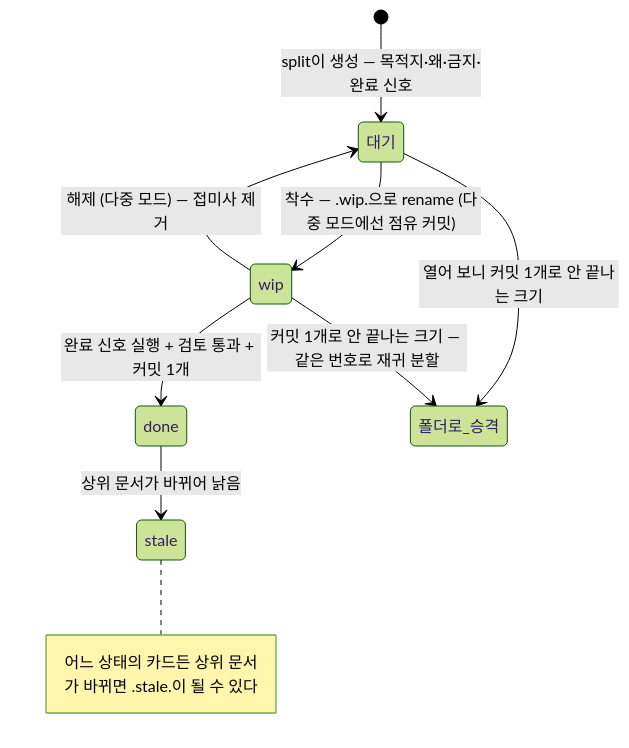
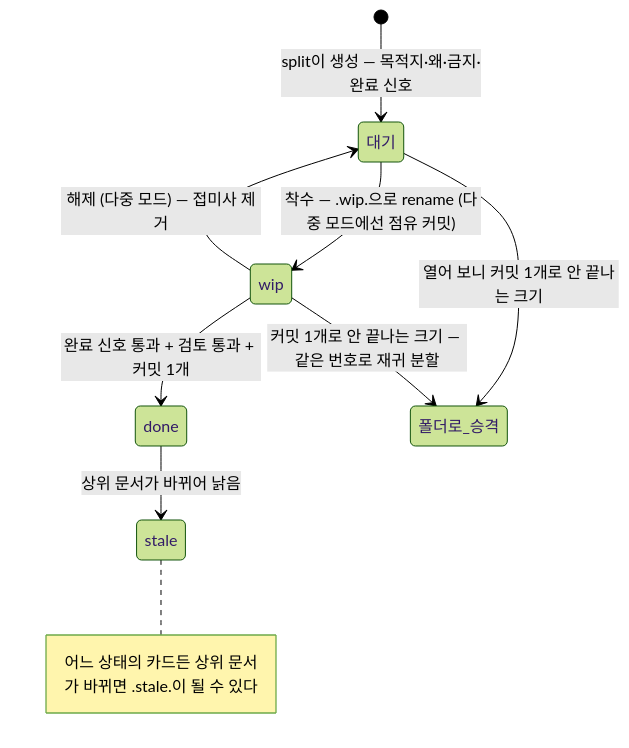
One commit to nanomia-ai/devflow changed the second of 4 diagrams in README_ko.md. Above: the diagram before and after it, drawn with Mermaid (forest theme). The commit also changed other lines of this file and 12 other files, not shown here.

````diff
--- a/README_ko.md
+++ b/README_ko.md
@@ -97,11 +95,11 @@
 ```mermaid
 stateDiagram-v2
     [*] --> 대기: split이 생성 — 목적지·왜·금지·완료 신호
     대기 --> wip: 착수 — .wip.으로 rename (다중 모드에선 점유 커밋)
     wip --> 대기: 해제 (다중 모드) — 접미사 제거
-    wip --> done: 완료 신호 실행 + 검토 통과 + 커밋 1개
+    wip --> done: 완료 신호 통과 + 검토 통과 + 커밋 1개
     대기 --> 폴더로_승격: 열어 보니 커밋 1개로 안 끝나는 크기
     wip --> 폴더로_승격: 커밋 1개로 안 끝나는 크기 — 같은 번호로 재귀 분할
     done --> stale: 상위 문서가 바뀌어 낡음
     note right of stale : 어느 상태의 카드든 상위 문서가 바뀌면 .stale.이 될 수 있다
 ```
````
